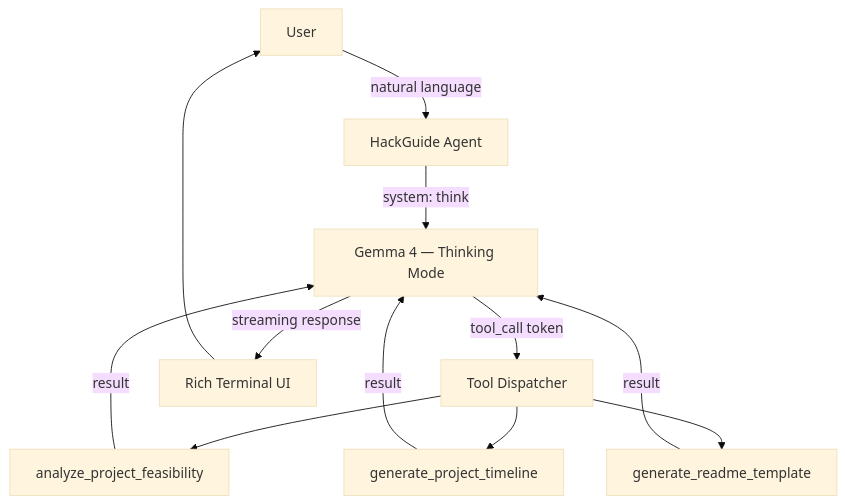
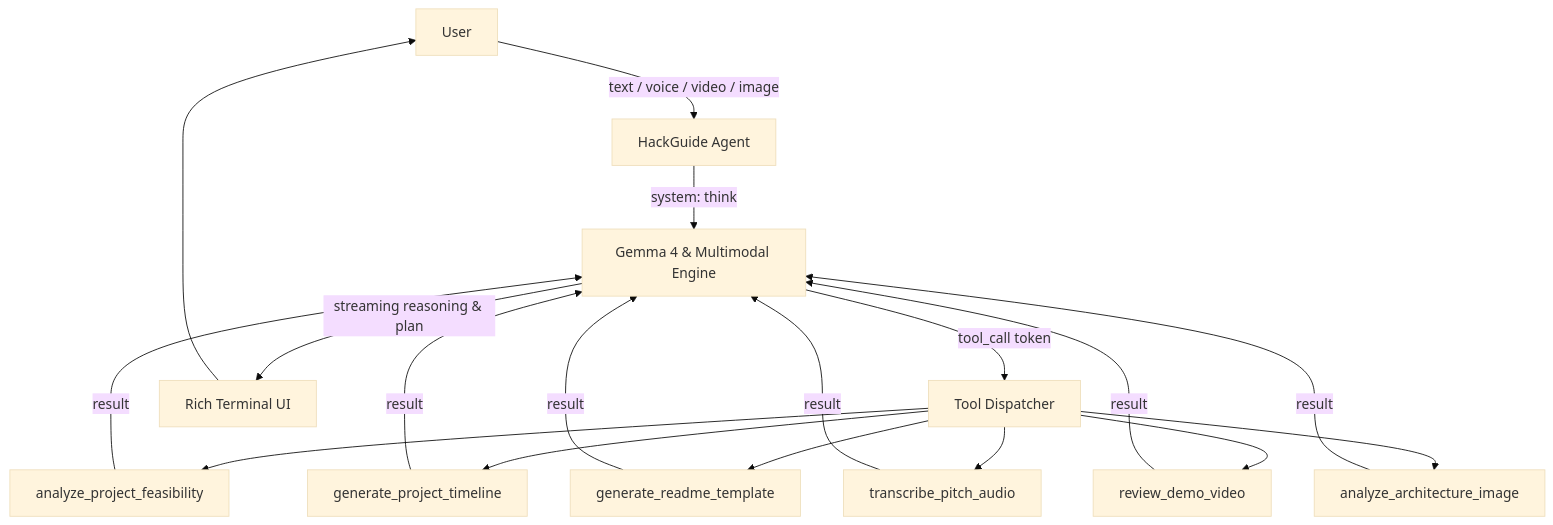
Before and after one commit to chourasiavinit9-dev/hackday: the diagram in README.md, drawn with Mermaid (base theme). The commit also changed other lines of this file and 7 other files, not shown here.

Commit message:
feat: integrate Gemma 4 reasoning model and multimodal voice/video engine

````diff
--- a/README.md
+++ b/README.md
@@ -17,14 +17,15 @@
 ```mermaid
 graph TD
-    User-->|natural language|Agent[HackGuide Agent]
-    Agent-->|system: think|Gemma4[Gemma 4 — Thinking Mode]
+    User-->|text / voice / video / image|Agent[HackGuide Agent]
+    Agent-->|system: think|Gemma4[Gemma 4 & Multimodal Engine]
     Gemma4-->|tool_call token|Dispatcher[Tool Dispatcher]
     Dispatcher-->F1[analyze_project_feasibility]
     Dispatcher-->F2[generate_project_timeline]
     Dispatcher-->F3[generate_readme_template]
-    F1-->|result|Gemma4
-    F2-->|result|Gemma4
-    F3-->|result|Gemma4
-    Gemma4-->|streaming response|UI[Rich Terminal UI]
+    Dispatcher-->F4[transcribe_pitch_audio]
+    Dispatcher-->F5[review_demo_video]
+    Dispatcher-->F6[analyze_architecture_image]
+    F1 & F2 & F3 & F4 & F5 & F6-->|result|Gemma4
+    Gemma4-->|streaming reasoning & plan|UI[Rich Terminal UI]
     UI-->User
 ```
````
